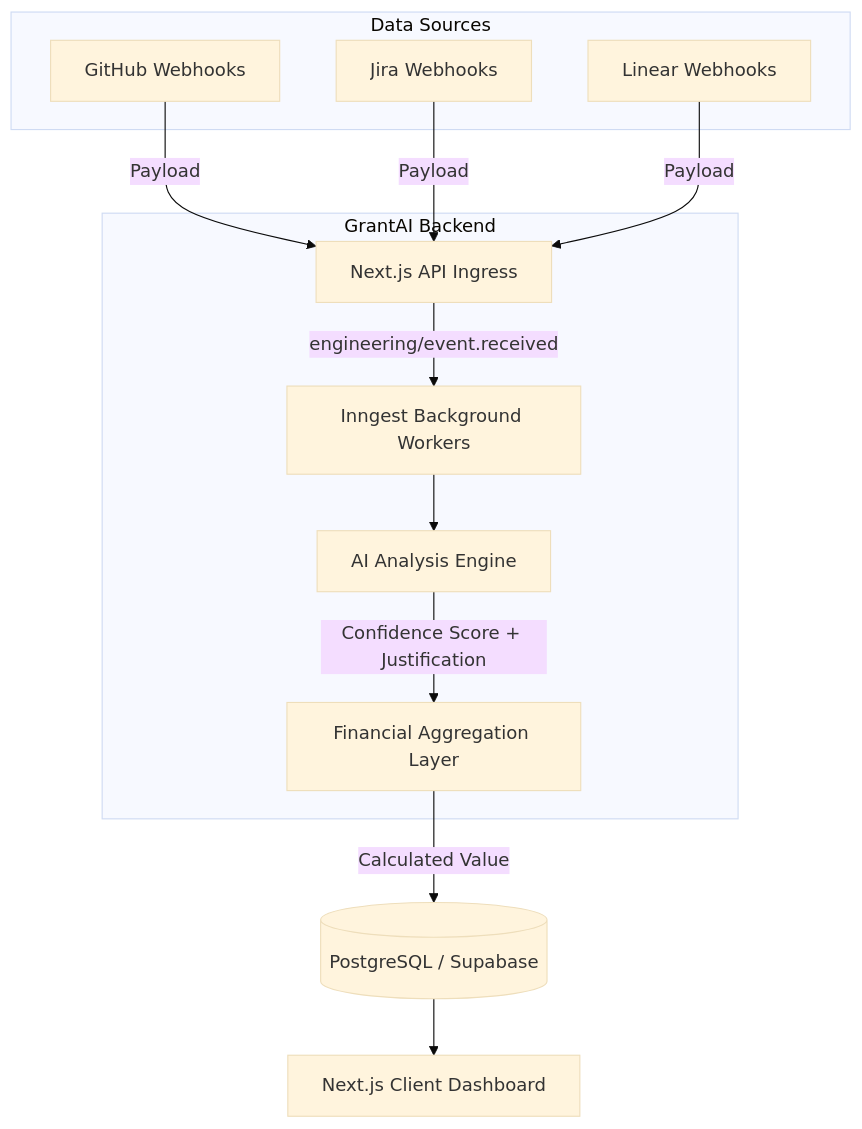
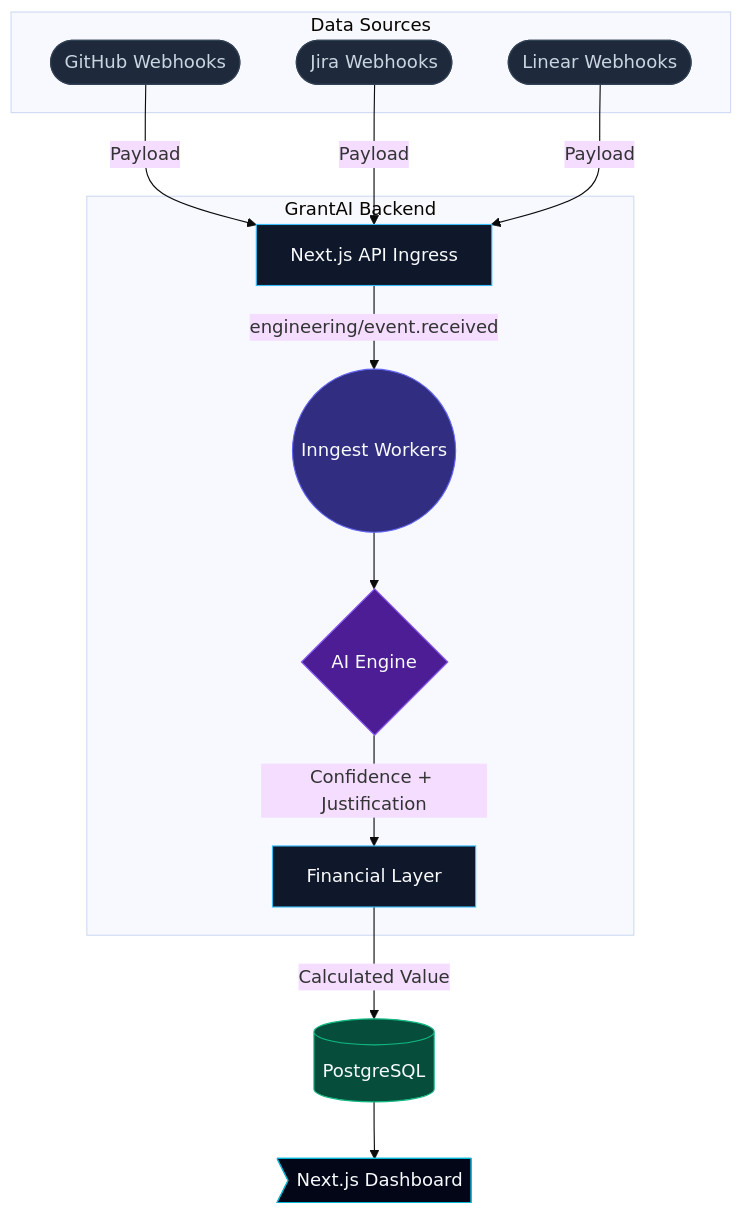
The diagram in README.md (niswa123/GrantAI), drawn with Mermaid (base theme) before and after one commit. The commit also changed other lines of this file and 8 other files, not shown here.

````diff
--- a/README.md
+++ b/README.md
@@ -49,28 +72,36 @@
 ```mermaid
 graph TD;
-    subgraph Data Sources
-      GH[GitHub Webhooks]
-      JR[Jira Webhooks]
-      LN[Linear Webhooks]
+    subgraph "Data Sources"
+      GH([GitHub Webhooks]):::source
+      JR([Jira Webhooks]):::source
+      LN([Linear Webhooks]):::source
     end
 
-    subgraph GrantAI Backend
-      API[Next.js API Ingress]
-      ING[Inngest Background Workers]
-      AI[AI Analysis Engine]
-      FIN[Financial Aggregation Layer]
+    subgraph "GrantAI Backend"
+      API[Next.js API Ingress]:::backend
+      ING((Inngest Workers)):::worker
+      AI{AI Engine}:::ai
+      FIN[Financial Layer]:::backend
     end
 
-    DB[(PostgreSQL / Supabase)]
+    DB[(PostgreSQL)]:::database
+    UI>Next.js Dashboard]:::ui
 
     GH -->|Payload| API
     JR -->|Payload| API
     LN -->|Payload| API
 
     API -->|engineering/event.received| ING
     ING --> AI
-    AI -->|Confidence Score + Justification| FIN
+    AI -->|Confidence + Justification| FIN
     FIN -->|Calculated Value| DB
     
-    DB --> UI[Next.js Client Dashboard]
+    DB --> UI
+
+    classDef source fill:#1e293b,stroke:#334155,color:#cbd5e1;
+    classDef backend fill:#0f172a,stroke:#38bdf8,color:#f8fafc;
+    classDef worker fill:#312e81,stroke:#6366f1,color:#f8fafc;
+    classDef ai fill:#4c1d95,stroke:#8b5cf6,color:#f8fafc;
+    classDef database fill:#064e3b,stroke:#10b981,color:#f8fafc;
+    classDef ui fill:#020617,stroke:#06b6d4,color:#f8fafc;
 ```
````
